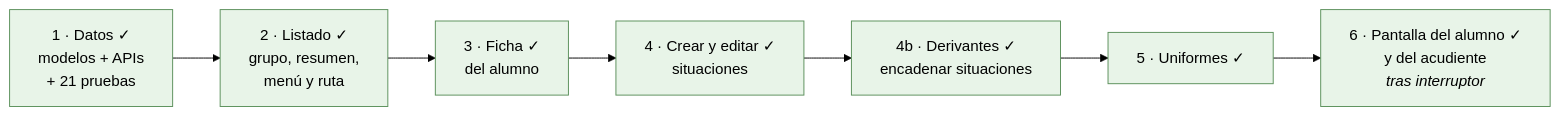
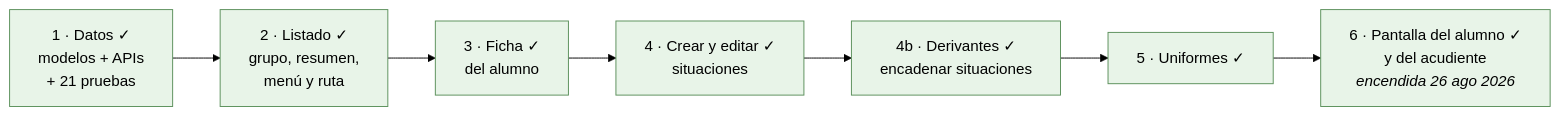
Before and after one commit to bluesky777/myvc_flutter: the fifth of 5 diagrams in docs/disciplina.md, drawn with Mermaid (forest theme). The commit also changed other lines of this file and 11 other files, not shown here.

````diff
--- a/docs/disciplina.md
+++ b/docs/disciplina.md
@@ -282,17 +287,17 @@
 ```mermaid
 flowchart LR
     F1["1 · Datos ✓<br/>modelos + APIs<br/>+ 21 pruebas"] --> F2["2 · Listado ✓<br/>grupo, resumen,<br/>menú y ruta"]
     F2 --> F3["3 · Ficha ✓<br/>del alumno"]
     F3 --> F4["4 · Crear y editar ✓<br/>situaciones"]
     F4 --> F4b["4b · Derivantes ✓<br/>encadenar situaciones"]
     F4b --> F5["5 · Uniformes ✓"]
-    F5 --> F6["6 · Pantalla del alumno ✓<br/>y del acudiente<br/><i>tras interruptor</i>"]
+    F5 --> F6["6 · Pantalla del alumno ✓<br/>y del acudiente<br/><i>encendida 26 ago 2026</i>"]
 
     style F1 fill:#e8f4e8,stroke:#5a8f5a
     style F2 fill:#e8f4e8,stroke:#5a8f5a
     style F3 fill:#e8f4e8,stroke:#5a8f5a
     style F4 fill:#e8f4e8,stroke:#5a8f5a
     style F4b fill:#e8f4e8,stroke:#5a8f5a
     style F5 fill:#e8f4e8,stroke:#5a8f5a
     style F6 fill:#e8f4e8,stroke:#5a8f5a
 ```
````
